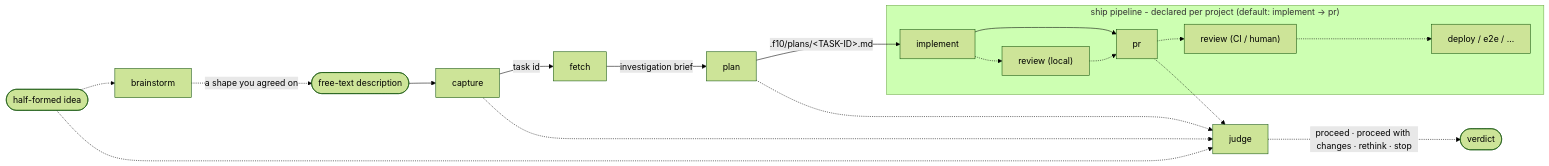
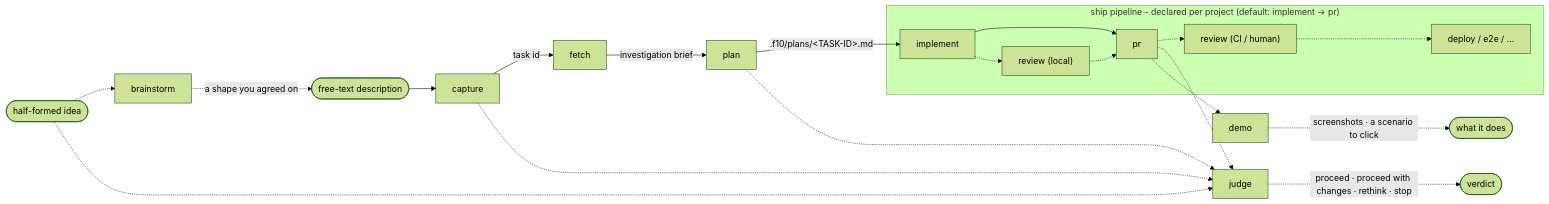
Before and after one commit to amberpixels/f10: the first of 2 diagrams in README.md, drawn with Mermaid (forest theme). The commit also changed other lines of this file and 3 other files, not shown here.

First line of the commit message:
Add f10 demo: show what a change does, before you merge it

````diff
--- a/README.md
+++ b/README.md
@@ -31,19 +33,21 @@
 ```mermaid
 flowchart LR
     idea(["half-formed idea"]) -.-> brain[brainstorm]
     brain -.->|"a shape you agreed on"| desc
     desc(["free-text description"]) --> capSt[capture]
     capSt -->|task id| fetch[fetch]
     fetch -->|investigation brief| plan[plan]
     plan -->|".f10/plans/&lt;TASK-ID&gt;.md"| implement
     subgraph shippipe ["ship pipeline - declared per project (default: implement → pr)"]
         implement[implement] --> pr[pr]
         implement -.-> revL["review (local)"] -.-> pr
         pr -.-> revC["review (CI / human)"] -.-> deploy["deploy / e2e / …"]
     end
     idea -.-> judge[judge]
     capSt -.-> judge
     plan -.-> judge
     pr -.-> judge
     judge -.->|"proceed · proceed with changes · rethink · stop"| verdict(["verdict"])
+    pr -.-> demo[demo]
+    demo -.->|"screenshots · a scenario to click"| evidence(["what it does"])
 ```
````
